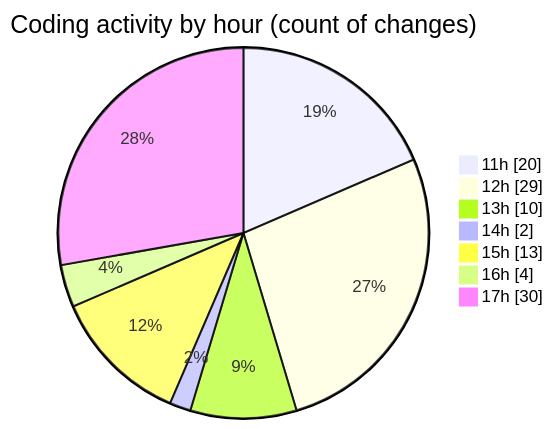
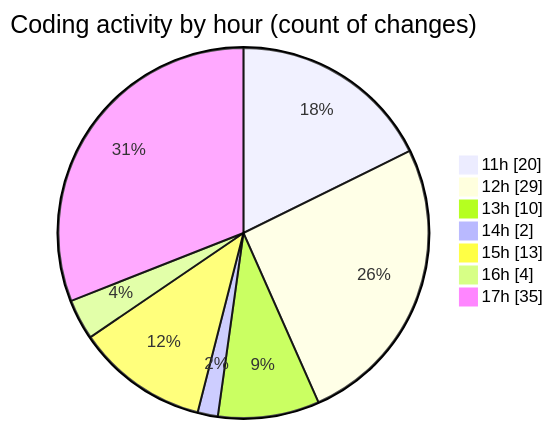
Before and after one commit to nxtqubesakshisongat/code-tracking: the second of 2 diagrams in 2025-12-11/nxtqube_webapp/README.md, drawn with Mermaid. The commit also changed other lines of this file and 1 other file, not shown here.

````diff
--- a/2025-12-11/nxtqube_webapp/README.md
+++ b/2025-12-11/nxtqube_webapp/README.md
@@ -42,11 +42,11 @@
 ```mermaid
 pie showData
 title Coding activity by hour (count of changes)
 "11h" : 20
 "12h" : 29
 "13h" : 10
 "14h" : 2
 "15h" : 13
 "16h" : 4
-"17h" : 30
+"17h" : 35
 ```
````
